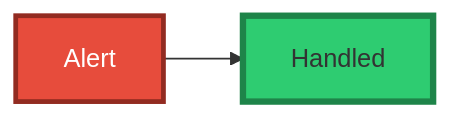
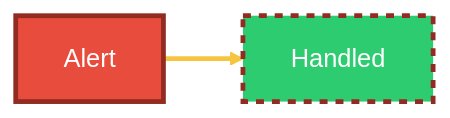
The fifth of 13 diagrams in src/content/docs/mermaid.md (elixpo/sketch.elixpo), drawn with Mermaid before and after one commit. The commit also changed other lines of this file and 1 other file, not shown here.

First line of the commit message:
docs(mermaid): Excalidraw-parity support matrix, per-type syntax and examples

````diff
--- a/src/content/docs/mermaid.md
+++ b/src/content/docs/mermaid.md
@@ -119,9 +164,9 @@
 ```mermaid
 flowchart LR
   classDef hot fill:#E74C3C,stroke:#922B21,stroke-width:3px,color:#ffffff
-  classDef calm fill:#2ECC71,stroke:#1E8449
-  A[Alert] --> B[Handled]
-  class A hot
-  class B calm
-  style B stroke-width:4px
+  classDef default stroke:#5b57d1
+  alert[Alert]:::hot --> handled[Handled]
+  class handled hot
+  style handled fill:#2ECC71,stroke-dasharray: 5 5
+  linkStyle 0 stroke:#f5c542,stroke-width:3px,color:#f5c542
 ```
````
